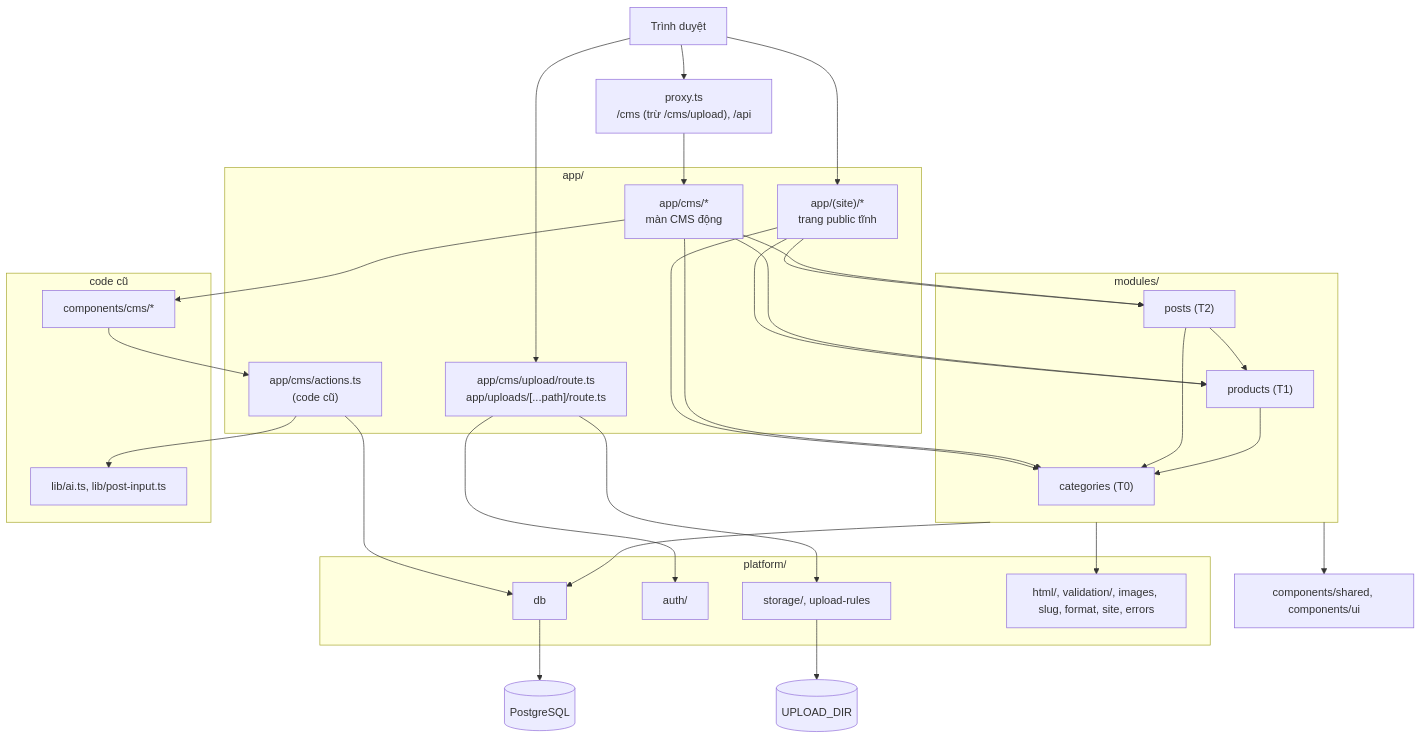
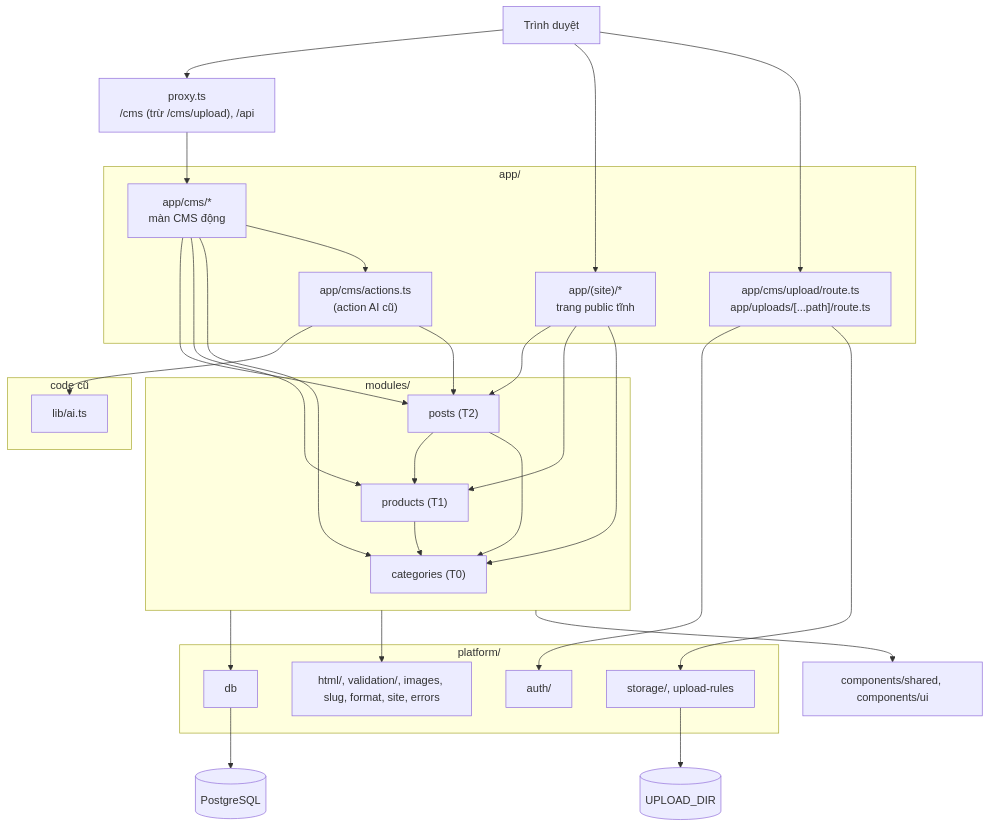
The diagram in docs/kien-truc-codebase.md (lqvinh1205/affiliate-project), drawn with Mermaid before and after one commit. The commit also changed other lines of this file and 50 other files, not shown here.

````diff
--- a/docs/kien-truc-codebase.md
+++ b/docs/kien-truc-codebase.md
@@ -24,52 +24,50 @@
 ```mermaid
 flowchart TD
   U["Trình duyệt"] --> P["proxy.ts<br/>/cms (trừ /cms/upload), /api"]
   subgraph Routes["app/"]
     S["app/(site)/*<br/>trang public tĩnh"]
     C["app/cms/*<br/>màn CMS động"]
     UP["app/cms/upload/route.ts<br/>app/uploads/[...path]/route.ts"]
-    A["app/cms/actions.ts<br/>(code cũ)"]
+    A["app/cms/actions.ts<br/>(action AI cũ)"]
   end
   subgraph Modules["modules/"]
     MC["categories (T0)"]
     MPR["products (T1)"]
     MPO["posts (T2)"]
   end
   subgraph Legacy["code cũ"]
-    L["lib/ai.ts, lib/post-input.ts"]
-    CC["components/cms/*"]
+    L["lib/ai.ts"]
   end
   subgraph Platform["platform/"]
     PD["db"]
     PA["auth/"]
     PS["storage/, upload-rules"]
     PO["html/, validation/, images, slug, format, site, errors"]
   end
   SH["components/shared, components/ui"]
   DB[("PostgreSQL")]
   DISK[("UPLOAD_DIR")]
 
   U --> S
   U --> UP
   P --> C
   S --> MPO
   S --> MPR
   S --> MC
   C --> MPO
   C --> MPR
   C --> MC
-  C --> CC
-  CC --> A
+  C --> A
   A --> L
-  A --> PD
+  A --> MPO
   MPO --> MPR
   MPO --> MC
   MPR --> MC
   Modules --> PD
   Modules --> PO
   Modules --> SH
   UP --> PA
   UP --> PS
   PS --> DISK
   PD --> DB
 ```
````
